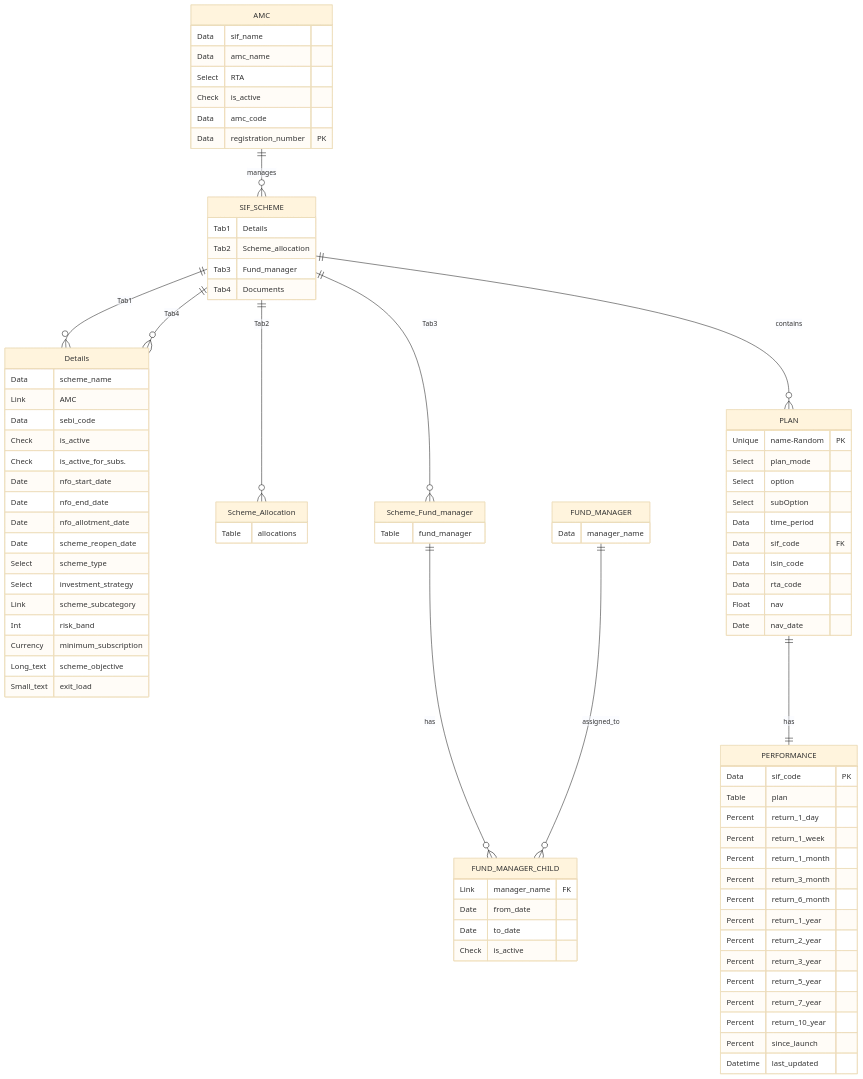
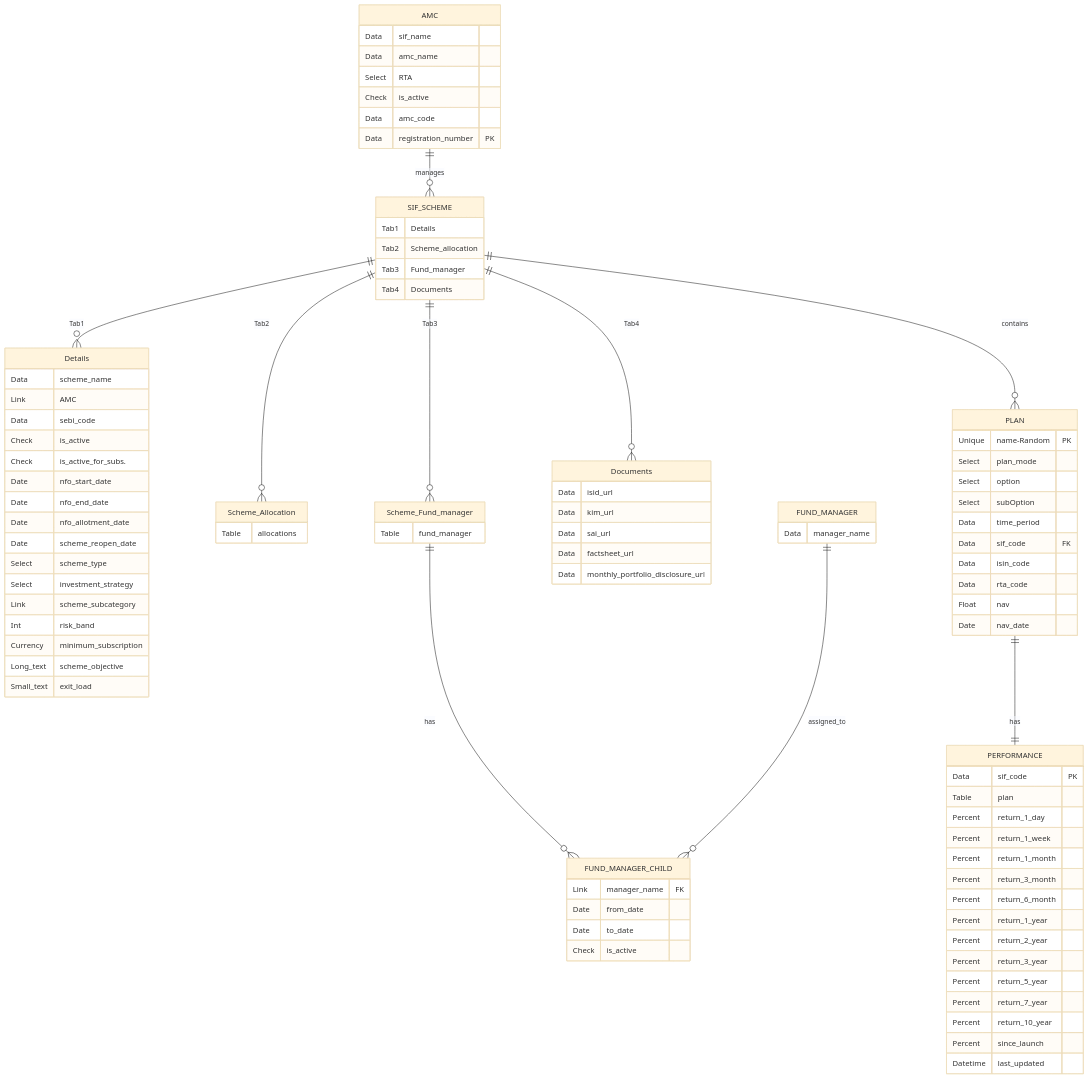
The diagram in sif_app/DOCTYPE architecture ER diagram.md (Satyam4755/My_SIF), drawn with Mermaid (base theme) before and after one commit.

Commit message:
Update DOCTYPE architecture ER diagram.md

```diff
--- a/sif_app/DOCTYPE architecture ER diagram.md
+++ b/sif_app/DOCTYPE architecture ER diagram.md
@@ -8,7 +8,7 @@
     SIF_SCHEME ||--o{ Details : Tab1
     SIF_SCHEME ||--o{ Scheme_Allocation : Tab2
     SIF_SCHEME ||--o{ Scheme_Fund_manager : Tab3
-    SIF_SCHEME ||--o{ Details : Tab4
+    SIF_SCHEME ||--o{ Documents : Tab4
     Scheme_Fund_manager ||--o{ FUND_MANAGER_CHILD : has
     FUND_MANAGER ||--o{ FUND_MANAGER_CHILD : assigned_to
 
@@ -72,6 +72,14 @@
         Table fund_manager
     }
 
+    Documents{
+        Data isid_url
+        Data kim_url
+        Data sai_url
+        Data factsheet_url
+        Data monthly_portfolio_disclosure_url
+    }
+
     PLAN {
         Unique name-Random PK
 
```
